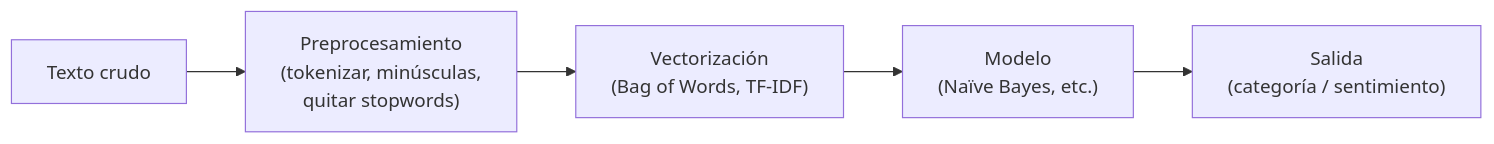
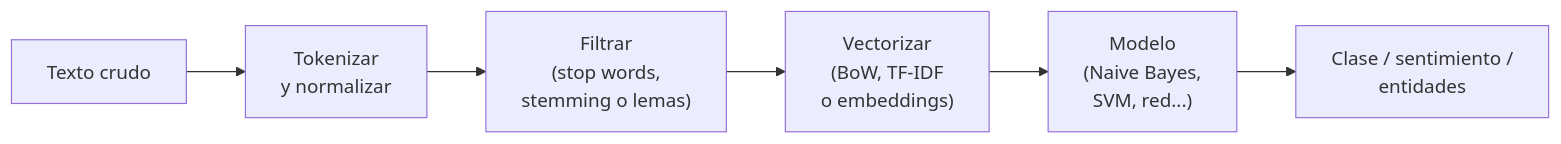
The diagram in Materias/Ciencia de Datos/Guías de estudio/11 - Procesamiento de lenguaje natural.md (totogr/Tomas-Goncalves-Rei), drawn with Mermaid before and after one commit. The commit also changed other lines of this file and 22 other files, not shown here.

````diff
--- a/Materias/Ciencia de Datos/Guías de estudio/11 - Procesamiento de lenguaje natural.md
+++ b/Materias/Ciencia de Datos/Guías de estudio/11 - Procesamiento de lenguaje natural.md
@@ -28,7 +39,8 @@
 ```mermaid
 flowchart LR
-    A["Texto crudo"] --> B["Preprocesamiento<br/>(tokenizar, minúsculas,<br/>quitar stopwords)"]
-    B --> C["Vectorización<br/>(Bag of Words, TF-IDF)"]
-    C --> D["Modelo<br/>(Naïve Bayes, etc.)"]
-    D --> E["Salida<br/>(categoría / sentimiento)"]
+    A["Texto crudo"] --> B["Tokenizar<br/>y normalizar"]
+    B --> C["Filtrar<br/>(stop words,<br/>stemming o lemas)"]
+    C --> D["Vectorizar<br/>(BoW, TF-IDF<br/>o embeddings)"]
+    D --> E["Modelo<br/>(Naive Bayes,<br/>SVM, red...)"]
+    E --> F["Clase / sentimiento /<br/>entidades"]
 ```
````
